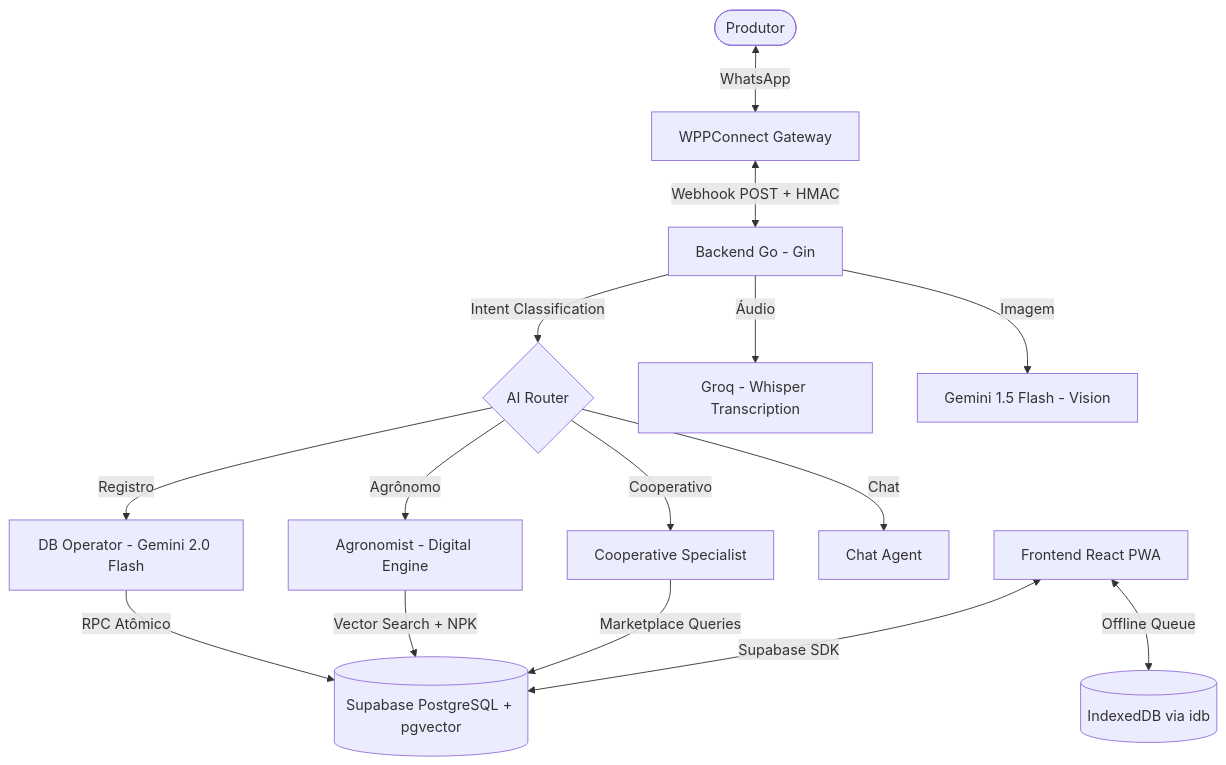
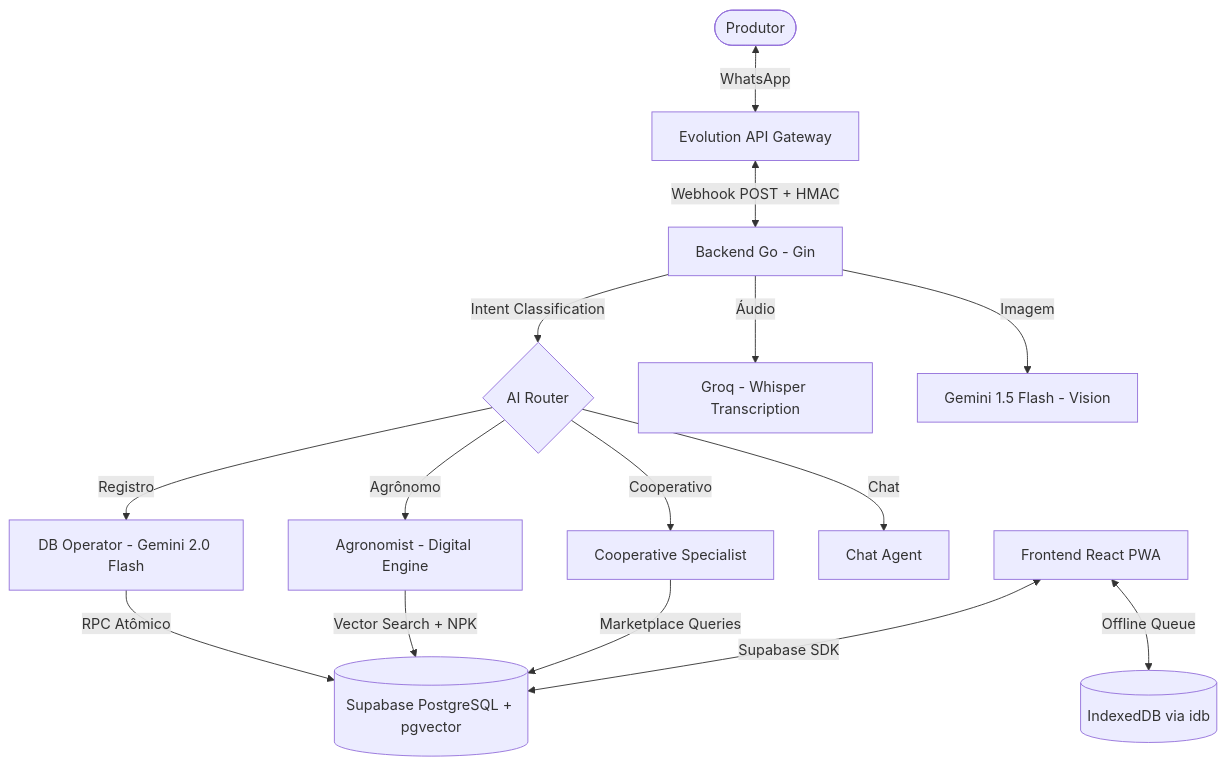
Before and after one commit to thebrunm97/manejo-org: the first of 2 diagrams in README.md, drawn with Mermaid. The commit also changed other lines of this file and 54 other files, not shown here.

Commit message:
docs: add architecture specs, research reports, and RAG knowledge base

````diff
--- a/README.md
+++ b/README.md
@@ -41,17 +41,17 @@
 ```mermaid
 graph TD
-    User([Produtor]) <-->|WhatsApp| WPP[WPPConnect Gateway]
+    User([Produtor]) <-->|WhatsApp| WPP[Evolution API Gateway]
     WPP <-->|Webhook POST + HMAC| BE[Backend Go - Gin]
     BE -->|Intent Classification| ROUTER{AI Router}
     ROUTER -->|Registro| DB_OP[DB Operator - Gemini 2.0 Flash]
     ROUTER -->|Agrônomo| AGRO[Agronomist - Digital Engine]
     ROUTER -->|Cooperativo| COOP[Cooperative Specialist]
     ROUTER -->|Chat| CHAT[Chat Agent]
     DB_OP -->|RPC Atômico| DB[(Supabase PostgreSQL + pgvector)]
     AGRO -->|Vector Search + NPK| DB
     COOP -->|Marketplace Queries| DB
     BE -->|Áudio| GROQ[Groq - Whisper Transcription]
     BE -->|Imagem| GEMINI_V[Gemini 1.5 Flash - Vision]
     FE[Frontend React PWA] <-->|Supabase SDK| DB
     FE <-->|Offline Queue| IDB[(IndexedDB via idb)]
 ```
````
